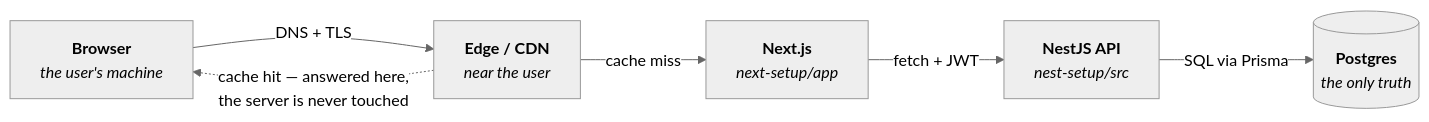
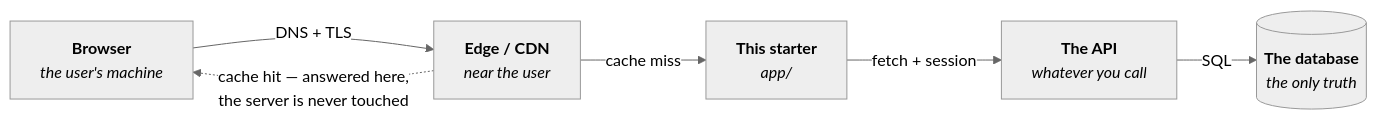
Before and after one commit to Hckerson/next-setup: the second of 2 diagrams in docs/from-idea-to-click.md, drawn with Mermaid (neutral theme). The commit also changed other lines of this file and 5 other files, not shown here.

````diff
--- a/docs/from-idea-to-click.md
+++ b/docs/from-idea-to-click.md
@@ -46,14 +46,14 @@
 ```mermaid
 flowchart LR
     Browser["<b>Browser</b><br/><i>the user's machine</i>"]
     Edge["<b>Edge / CDN</b><br/><i>near the user</i>"]
-    Next["<b>Next.js</b><br/><i>next-setup/app</i>"]
-    API["<b>NestJS API</b><br/><i>nest-setup/src</i>"]
-    DB[("<b>Postgres</b><br/><i>the only truth</i>")]
+    Next["<b>This starter</b><br/><i>app/</i>"]
+    API["<b>The API</b><br/><i>whatever you call</i>"]
+    DB[("<b>The database</b><br/><i>the only truth</i>")]
 
     Browser -->|DNS + TLS| Edge
     Edge -->|cache miss| Next
-    Next -->|fetch + JWT| API
-    API -->|SQL via Prisma| DB
+    Next -->|fetch + session| API
+    API -->|SQL| DB
     Edge -.->|"cache hit — answered here,<br/>the server is never touched"| Browser
 ```
````
